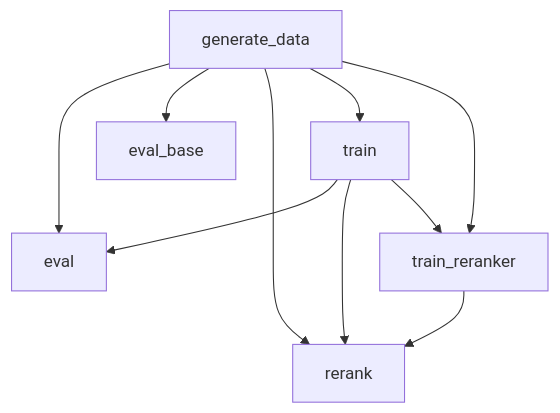
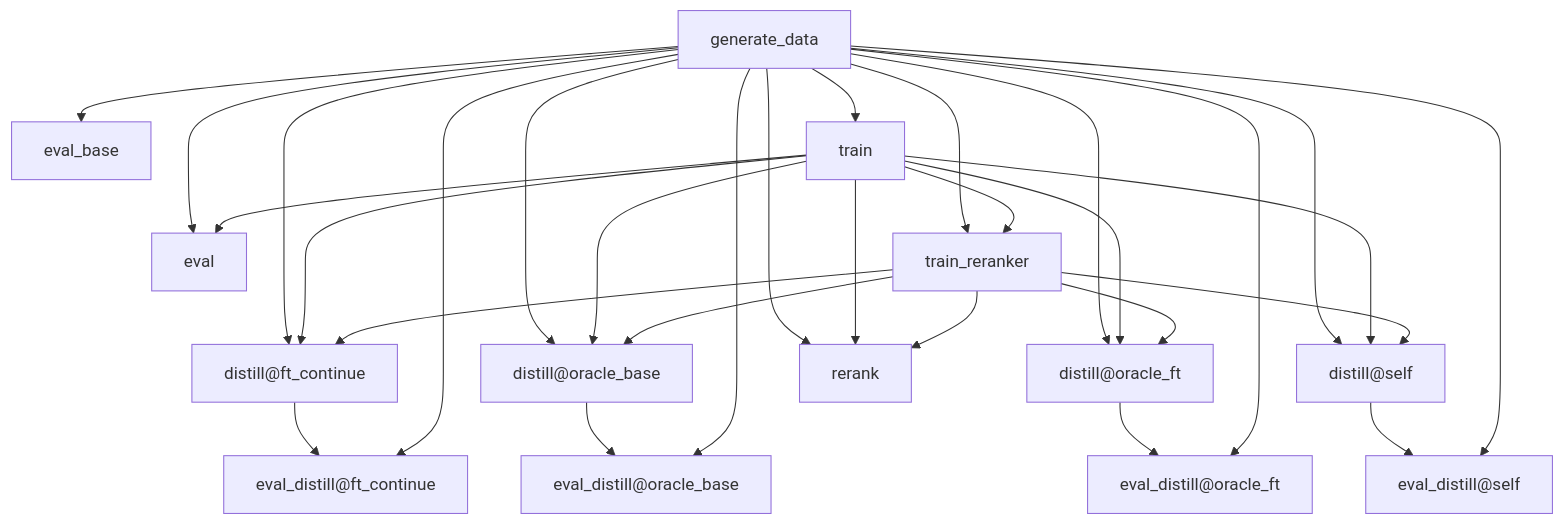
Before and after one commit to u-masao/qwen3-vl-demo: the diagram in PIPELINE.md, drawn with Mermaid. The commit also changed 9 other files, not shown here.

````diff
--- a/PIPELINE.md
+++ b/PIPELINE.md
@@ -1,18 +1,46 @@
 ```mermaid
 flowchart TD
-	node1["eval"]
-	node2["eval_base"]
-	node3["generate_data"]
-	node4["rerank"]
-	node5["train"]
-	node6["train_reranker"]
-	node3-->node1
-	node3-->node2
-	node3-->node4
-	node3-->node5
-	node3-->node6
-	node5-->node1
-	node5-->node4
-	node5-->node6
-	node6-->node4
+	node1["distill@ft_continue"]
+	node2["distill@oracle_base"]
+	node3["distill@oracle_ft"]
+	node4["distill@self"]
+	node5["eval"]
+	node6["eval_base"]
+	node7["eval_distill@ft_continue"]
+	node8["eval_distill@oracle_base"]
+	node9["eval_distill@oracle_ft"]
+	node10["eval_distill@self"]
+	node11["generate_data"]
+	node12["rerank"]
+	node13["train"]
+	node14["train_reranker"]
+	node1-->node7
+	node2-->node8
+	node3-->node9
+	node4-->node10
+	node11-->node1
+	node11-->node2
+	node11-->node3
+	node11-->node4
+	node11-->node5
+	node11-->node6
+	node11-->node7
+	node11-->node8
+	node11-->node9
+	node11-->node10
+	node11-->node12
+	node11-->node13
+	node11-->node14
+	node13-->node1
+	node13-->node2
+	node13-->node3
+	node13-->node4
+	node13-->node5
+	node13-->node12
+	node13-->node14
+	node14-->node1
+	node14-->node2
+	node14-->node3
+	node14-->node4
+	node14-->node12
 ```
````
